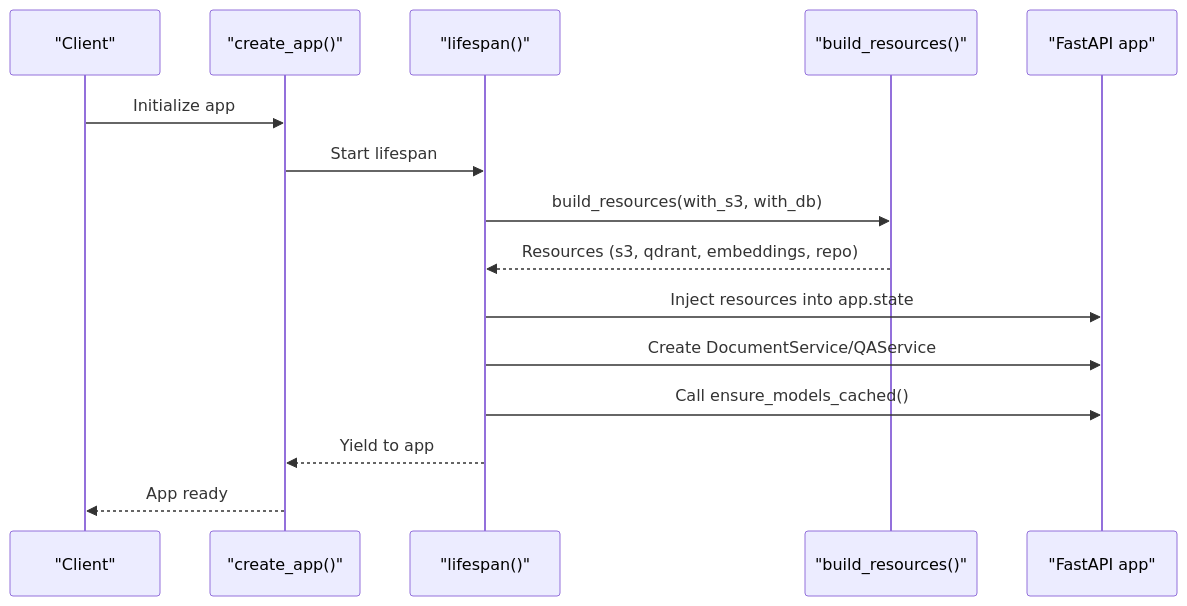
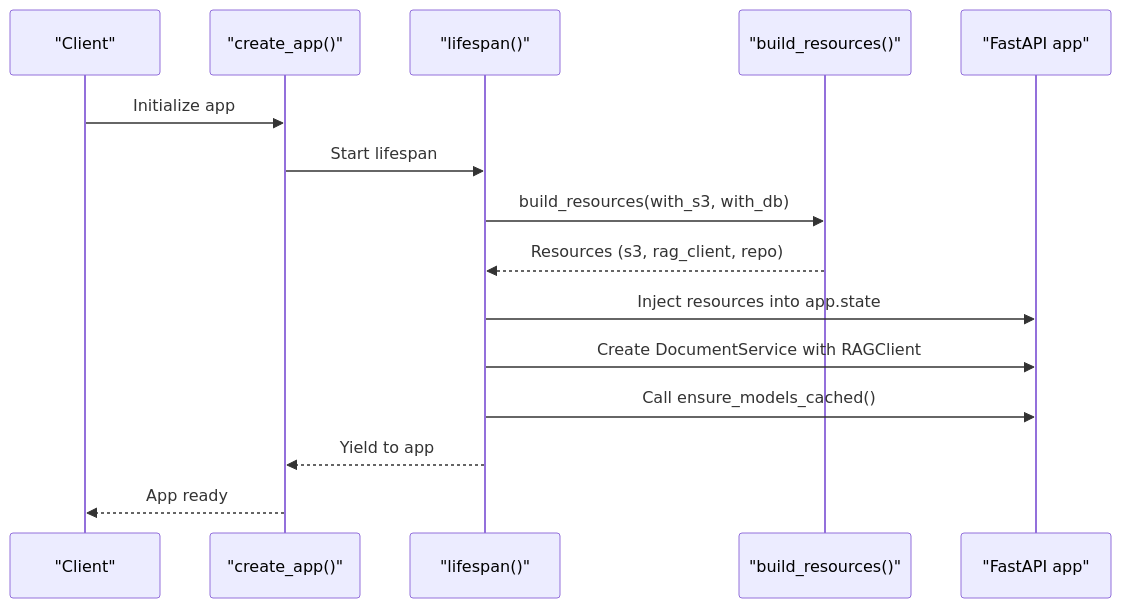
Before and after one commit to ognelis/cafetera_hr_bot: the third of 10 diagrams in .qoder/repowiki/en/content/VK Integration/Admin Package Integration.md, drawn with Mermaid. The commit also changed other lines of this file and 69 other files, not shown here.

Commit message:
CAFETERA-62 Implemented RAG service

````diff
--- a/.qoder/repowiki/en/content/VK Integration/Admin Package Integration.md
+++ b/.qoder/repowiki/en/content/VK Integration/Admin Package Integration.md
@@ -139,17 +142,17 @@
 ```mermaid
 sequenceDiagram
 participant Client as "Client"
 participant Main as "create_app()"
 participant Lifespan as "lifespan()"
 participant Core as "build_resources()"
 participant App as "FastAPI app"
 Client->>Main : Initialize app
 Main->>Lifespan : Start lifespan
 Lifespan->>Core : build_resources(with_s3, with_db)
-Core-->>Lifespan : Resources (s3, qdrant, embeddings, repo)
+Core-->>Lifespan : Resources (s3, rag_client, repo)
 Lifespan->>App : Inject resources into app.state
-Lifespan->>App : Create DocumentService/QAService
+Lifespan->>App : Create DocumentService with RAGClient
 Lifespan->>App : Call ensure_models_cached()
 Lifespan-->>Main : Yield to app
 Main-->>Client : App ready
 ```
````
